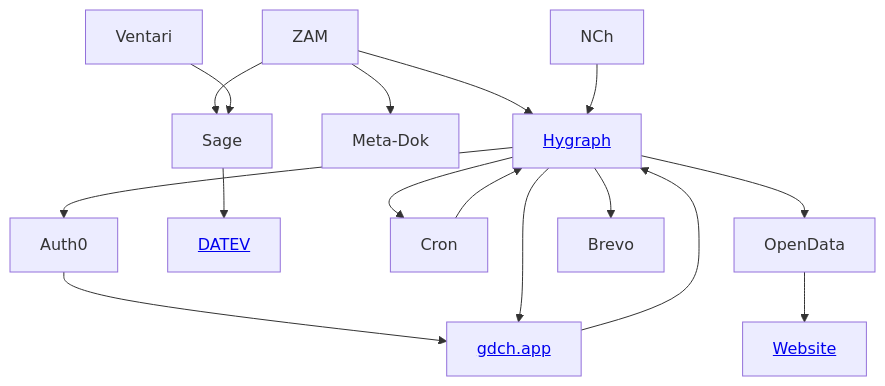
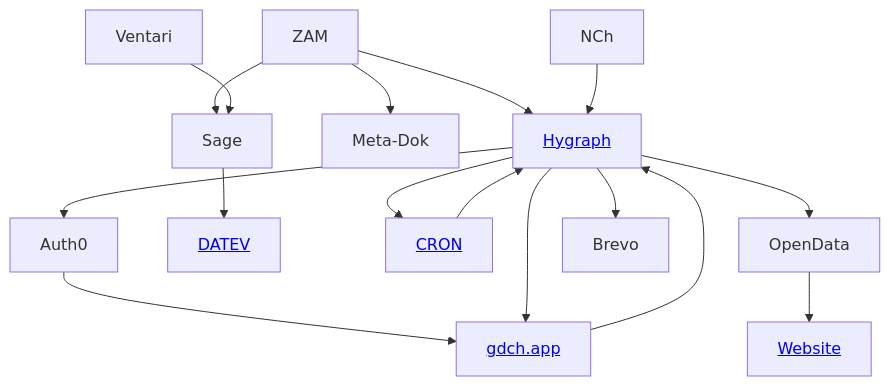
The diagram in infrastructure.md (GDCh-de/docs), drawn with Mermaid before and after one commit.

````diff
--- a/infrastructure.md
+++ b/infrastructure.md
@@ -3,11 +3,11 @@
 ```mermaid
 graph TD;
   Hygraph[<a href='/GDCh-de/docs/blob/main/hygraph.md'>Hygraph</a>] --> Auth0 --> App[<a href='https://gdch.app'>gdch.app</a>] --> Hygraph --> App;
   ZAM --> Meta-Dok;
   ZAM --> Sage --> DATEV[<a href='/GDCh-de/docs/blob/main/DATEV.md'>DATEV</a>];
   Ventari --> Sage;
-  Hygraph --> Cron --> Hygraph;
+  Hygraph --> Cron[<a href='/GDCh-de/docs/blob/main/CRON.md'>CRON</a>] --> Hygraph;
   ZAM --> Hygraph;
   Hygraph --> OpenData --> Website[<a href='https://www.gdch.de'>Website</a>];
   NCh --> Hygraph --> Brevo
 ```
````
